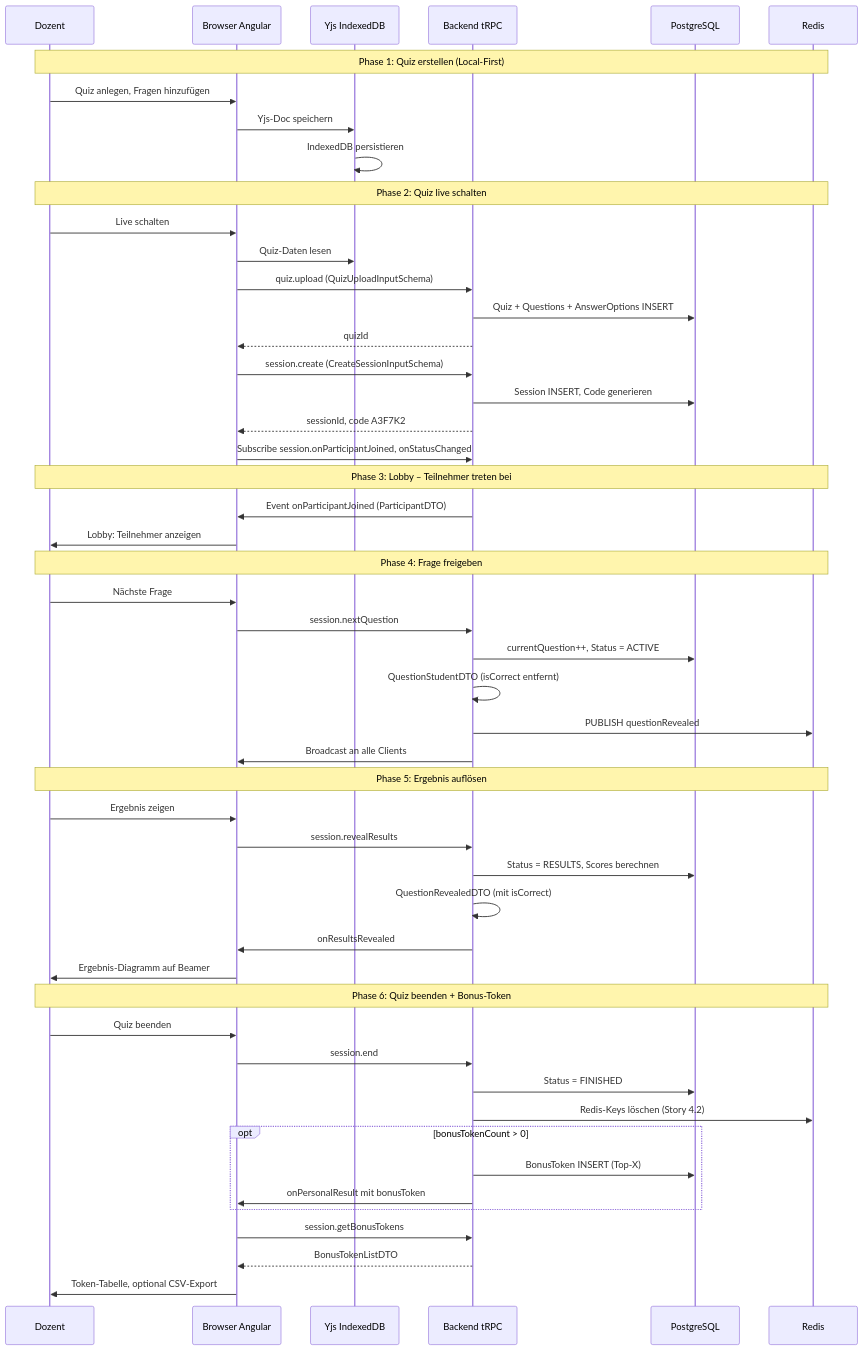
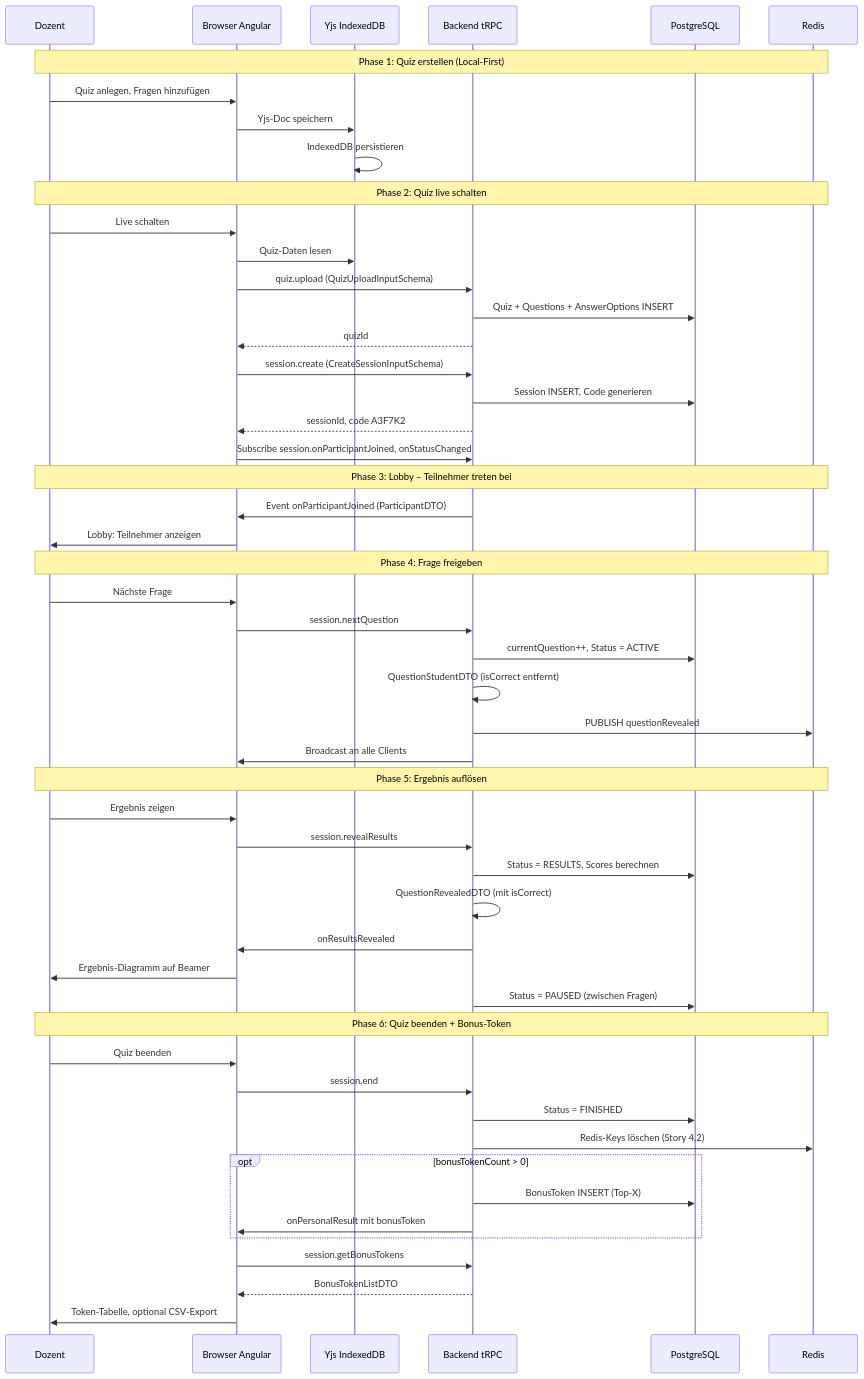
Before and after one commit to kqc-real/arsnova-click-v3: the fourth of 6 diagrams in docs/diagrams/diagrams.md, drawn with Mermaid. The commit also changed other lines of this file and 10 other files, not shown here.

````diff
--- a/docs/diagrams/diagrams.md
+++ b/docs/diagrams/diagrams.md
@@ -309,58 +309,59 @@
 ```mermaid
 sequenceDiagram
     participant D as Dozent
     participant FE as Browser Angular
     participant YJS as Yjs IndexedDB
     participant BE as Backend tRPC
     participant PG as PostgreSQL
     participant R as Redis
 
     Note over D,R: Phase 1: Quiz erstellen (Local-First)
     D->>FE: Quiz anlegen, Fragen hinzufügen
     FE->>YJS: Yjs-Doc speichern
     YJS->>YJS: IndexedDB persistieren
 
     Note over D,R: Phase 2: Quiz live schalten
     D->>FE: Live schalten
     FE->>YJS: Quiz-Daten lesen
     FE->>BE: quiz.upload (QuizUploadInputSchema)
     BE->>PG: Quiz + Questions + AnswerOptions INSERT
     BE-->>FE: quizId
     FE->>BE: session.create (CreateSessionInputSchema)
     BE->>PG: Session INSERT, Code generieren
     BE-->>FE: sessionId, code A3F7K2
     FE->>BE: Subscribe session.onParticipantJoined, onStatusChanged
 
     Note over D,R: Phase 3: Lobby – Teilnehmer treten bei
     BE->>FE: Event onParticipantJoined (ParticipantDTO)
     FE->>D: Lobby: Teilnehmer anzeigen
 
     Note over D,R: Phase 4: Frage freigeben
     D->>FE: Nächste Frage
     FE->>BE: session.nextQuestion
     BE->>PG: currentQuestion++, Status = ACTIVE
     BE->>BE: QuestionStudentDTO (isCorrect entfernt)
     BE->>R: PUBLISH questionRevealed
     BE->>FE: Broadcast an alle Clients
 
     Note over D,R: Phase 5: Ergebnis auflösen
     D->>FE: Ergebnis zeigen
     FE->>BE: session.revealResults
     BE->>PG: Status = RESULTS, Scores berechnen
     BE->>BE: QuestionRevealedDTO (mit isCorrect)
     BE->>FE: onResultsRevealed
     FE->>D: Ergebnis-Diagramm auf Beamer
+    BE->>PG: Status = PAUSED (zwischen Fragen)
 
     Note over D,R: Phase 6: Quiz beenden + Bonus-Token
     D->>FE: Quiz beenden
     FE->>BE: session.end
     BE->>PG: Status = FINISHED
     BE->>R: Redis-Keys löschen (Story 4.2)
     opt bonusTokenCount > 0
         BE->>PG: BonusToken INSERT (Top-X)
         BE->>FE: onPersonalResult mit bonusToken
     end
     FE->>BE: session.getBonusTokens
     BE-->>FE: BonusTokenListDTO
     FE->>D: Token-Tabelle, optional CSV-Export
 ```
````
